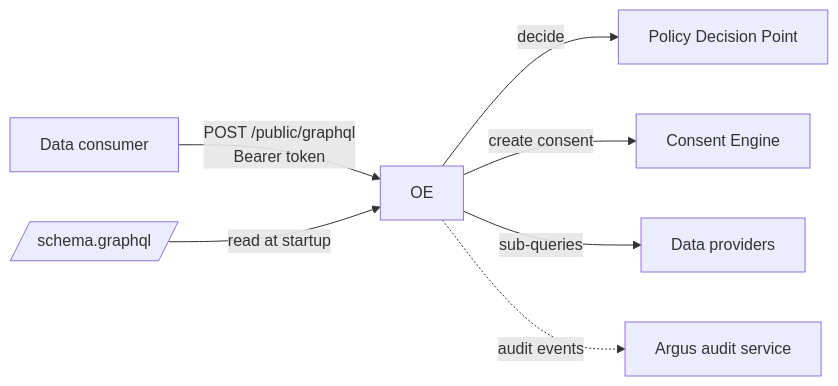
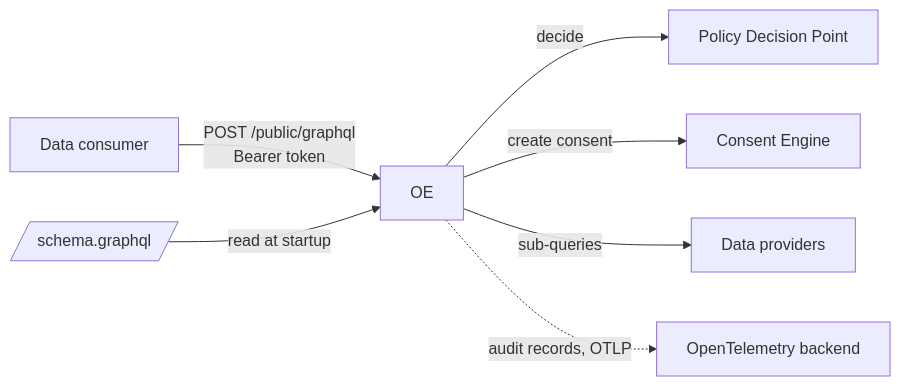
Before and after one commit to openndx/openndx-core: the first of 2 diagrams in cmd/oe/README.md, drawn with Mermaid. The commit also changed other lines of this file and 37 other files, not shown here.

First line of the commit message:
feat(oe,pb)!: write audit records over OTLP and remove Argus (#816)

````diff
--- a/cmd/oe/README.md
+++ b/cmd/oe/README.md
@@ -7,9 +7,9 @@
 ```mermaid
 flowchart LR
     C[Data consumer] -->|"POST /public/graphql<br/>Bearer token"| OE
     OE -->|decide| PDP[Policy Decision Point]
     OE -->|create consent| CE[Consent Engine]
     OE -->|sub-queries| P[Data providers]
-    OE -.->|audit events| A[Argus audit service]
+    OE -.->|audit records, OTLP| A[OpenTelemetry backend]
     S[/schema.graphql/] -->|read at startup| OE
 ```
````
